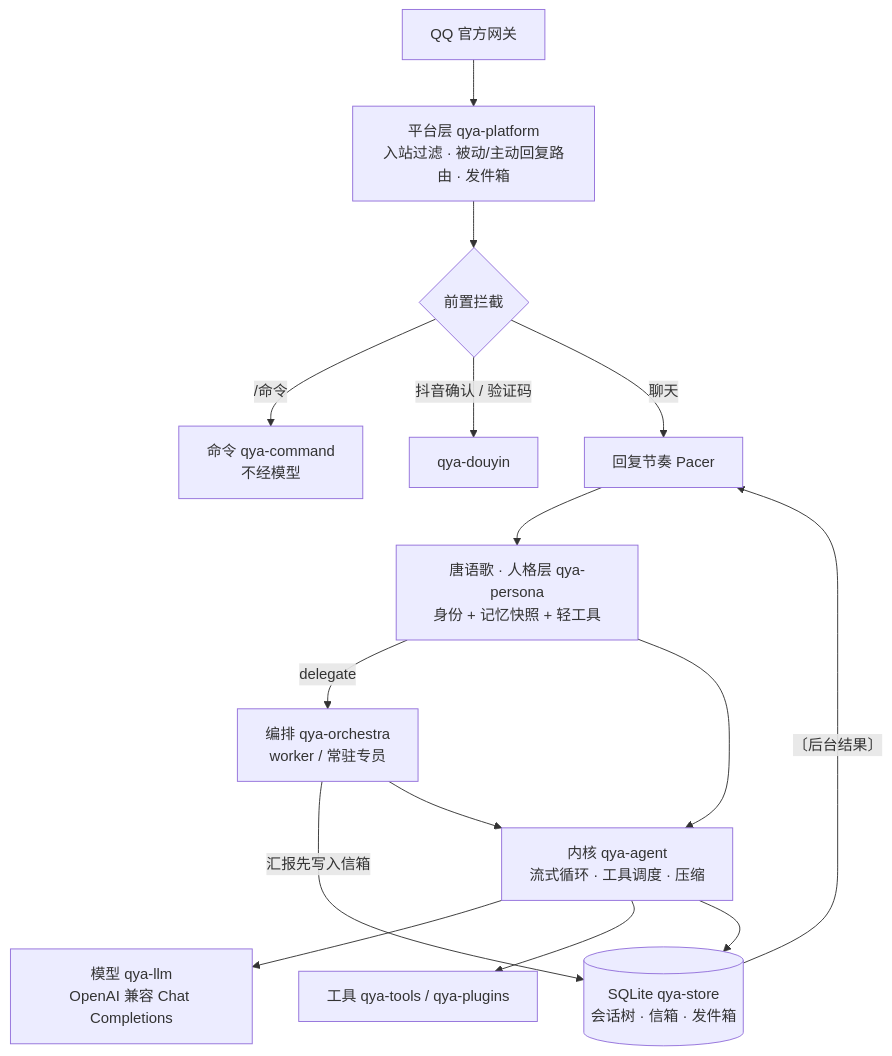
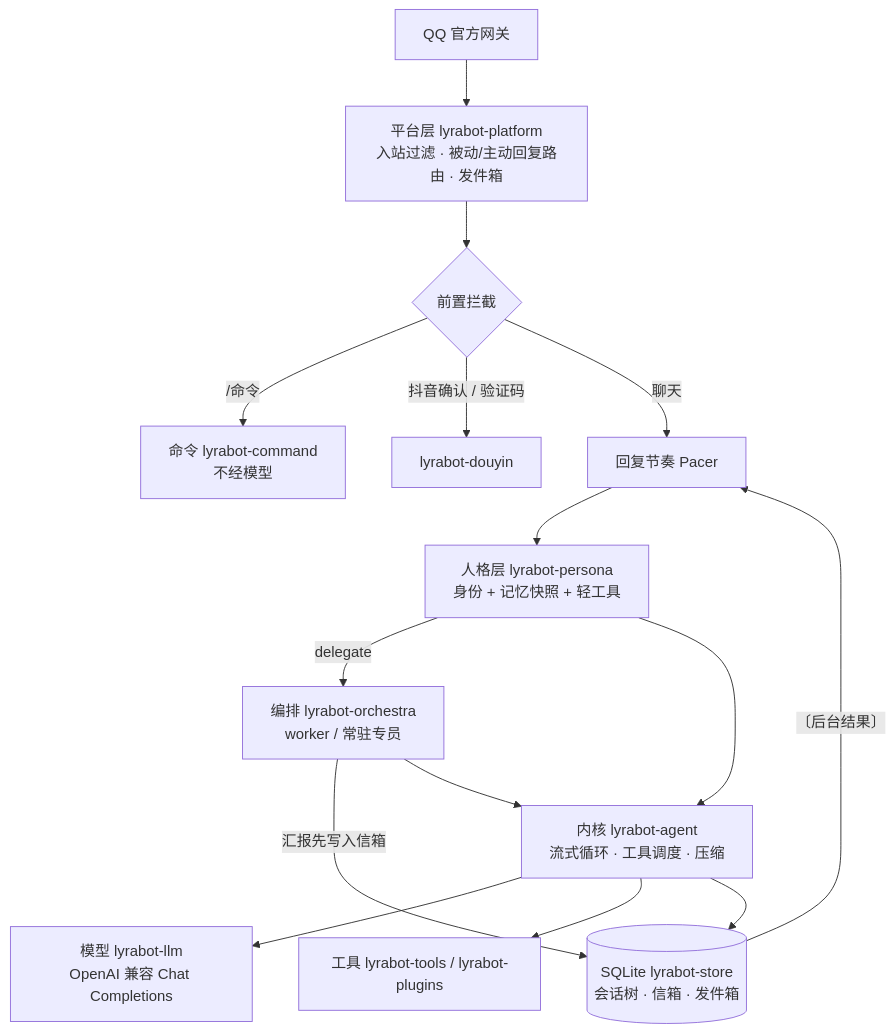
The diagram in README.md (QianYan-Art/LyraBot), drawn with Mermaid before and after one commit. The commit also changed other lines of this file and 217 other files, not shown here.

````diff
--- a/README.md
+++ b/README.md
@@ -36,17 +36,17 @@
 ```mermaid
 flowchart TD
-    QQ["QQ 官方网关"] --> P["平台层 qya-platform<br/>入站过滤 · 被动/主动回复路由 · 发件箱"]
+    QQ["QQ 官方网关"] --> P["平台层 lyrabot-platform<br/>入站过滤 · 被动/主动回复路由 · 发件箱"]
     P --> I{"前置拦截"}
-    I -->|"/命令"| C["命令 qya-command<br/>不经模型"]
-    I -->|"抖音确认 / 验证码"| D["qya-douyin"]
+    I -->|"/命令"| C["命令 lyrabot-command<br/>不经模型"]
+    I -->|"抖音确认 / 验证码"| D["lyrabot-douyin"]
     I -->|"聊天"| PC["回复节奏 Pacer"]
-    PC --> L["唐语歌 · 人格层 qya-persona<br/>身份 + 记忆快照 + 轻工具"]
-    L -->|"delegate"| O["编排 qya-orchestra<br/>worker / 常驻专员"]
-    O -->|"汇报先写入信箱"| M[("SQLite qya-store<br/>会话树 · 信箱 · 发件箱")]
+    PC --> L["人格层 lyrabot-persona<br/>身份 + 记忆快照 + 轻工具"]
+    L -->|"delegate"| O["编排 lyrabot-orchestra<br/>worker / 常驻专员"]
+    O -->|"汇报先写入信箱"| M[("SQLite lyrabot-store<br/>会话树 · 信箱 · 发件箱")]
     M -->|"〔后台结果〕"| PC
-    L --> K["内核 qya-agent<br/>流式循环 · 工具调度 · 压缩"]
+    L --> K["内核 lyrabot-agent<br/>流式循环 · 工具调度 · 压缩"]
     O --> K
-    K --> LLM["模型 qya-llm<br/>OpenAI 兼容 Chat Completions"]
-    K --> T["工具 qya-tools / qya-plugins"]
+    K --> LLM["模型 lyrabot-llm<br/>OpenAI 兼容 Chat Completions"]
+    K --> T["工具 lyrabot-tools / lyrabot-plugins"]
     K --> M
 ```
````
